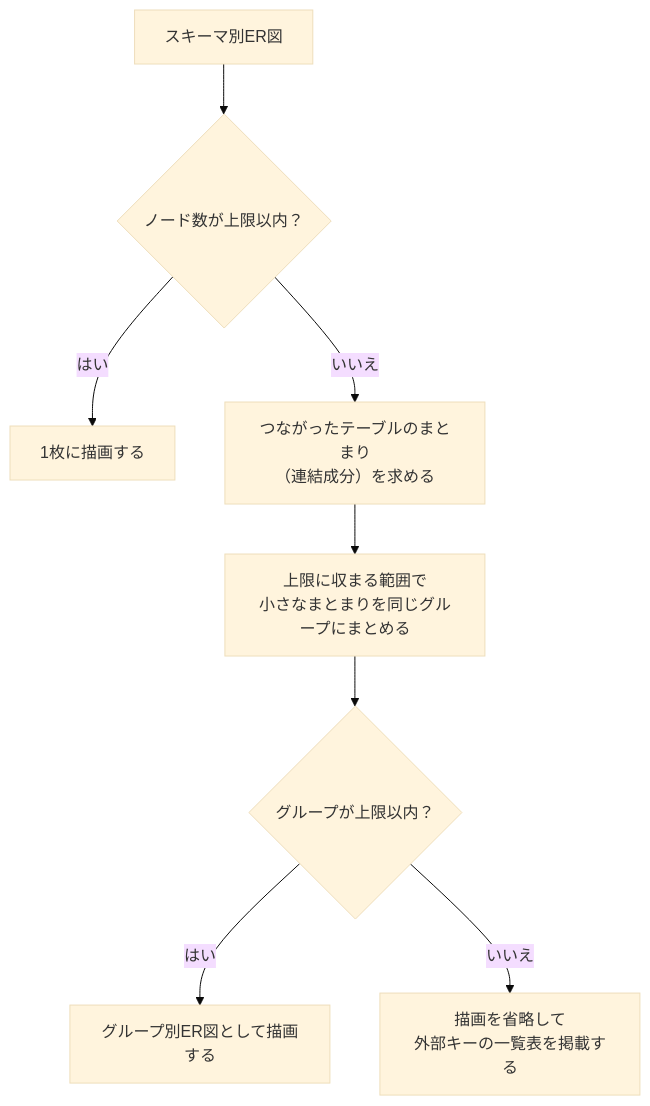
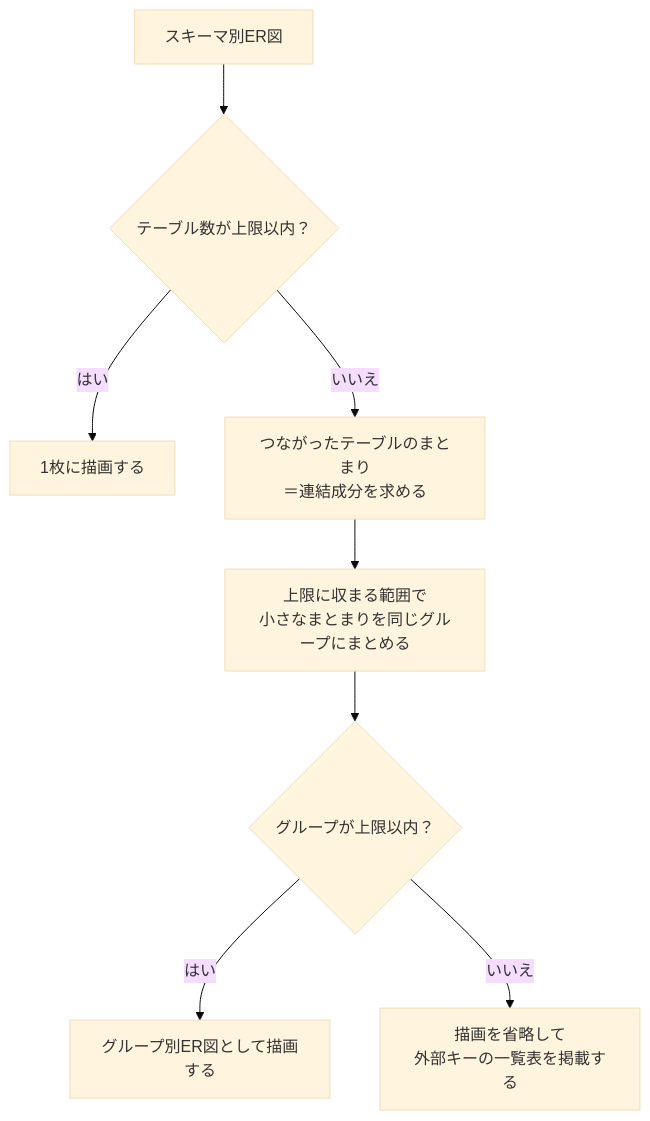
The second of 3 diagrams in public/dbxray.md (ebichan88/qiita-ebichan88), drawn with Mermaid (base theme) before and after one commit. The commit also changed other lines of this file, not shown here.

````diff
--- a/public/dbxray.md
+++ b/public/dbxray.md
@@ -312,10 +297,10 @@
 ```mermaid
 flowchart TD
-    A[スキーマ別ER図] --> B{ノード数が上限以内？}
+    A[スキーマ別ER図] --> B{テーブル数が上限以内？}
     B -->|はい| C[1枚に描画する]
-    B -->|いいえ| D[つながったテーブルのまとまり<br>（連結成分）を求める]
+    B -->|いいえ| D[つながったテーブルのまとまり<br>＝連結成分を求める]
     D --> E[上限に収まる範囲で<br>小さなまとまりを同じグループにまとめる]
     E --> F{グループが上限以内？}
     F -->|はい| G[グループ別ER図として描画する]
     F -->|いいえ| H[描画を省略して<br>外部キーの一覧表を掲載する]
 ```
````
